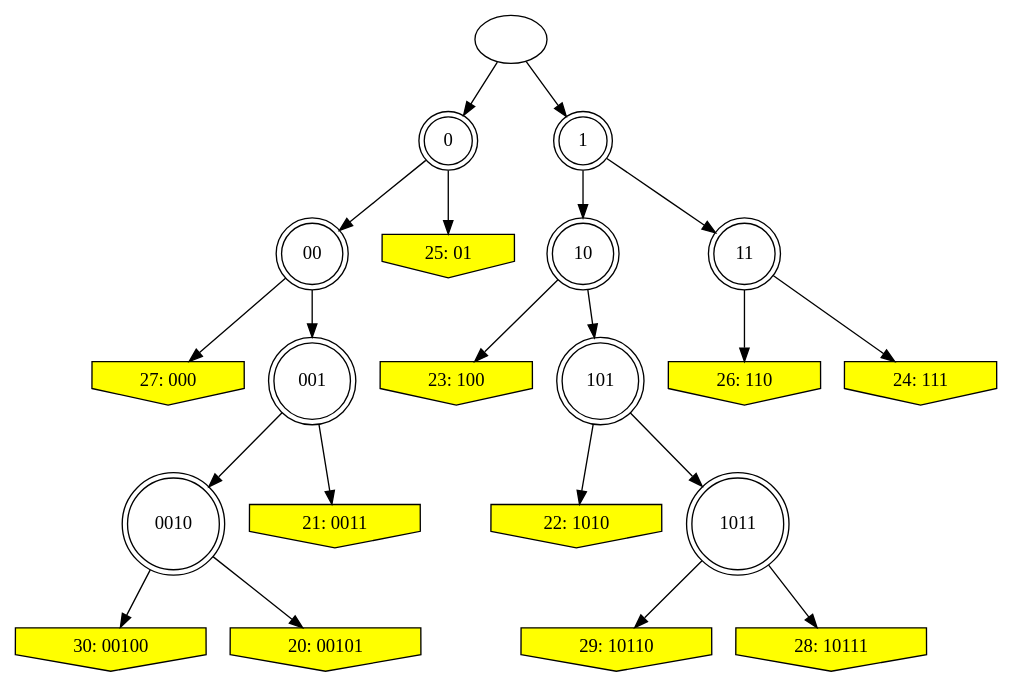
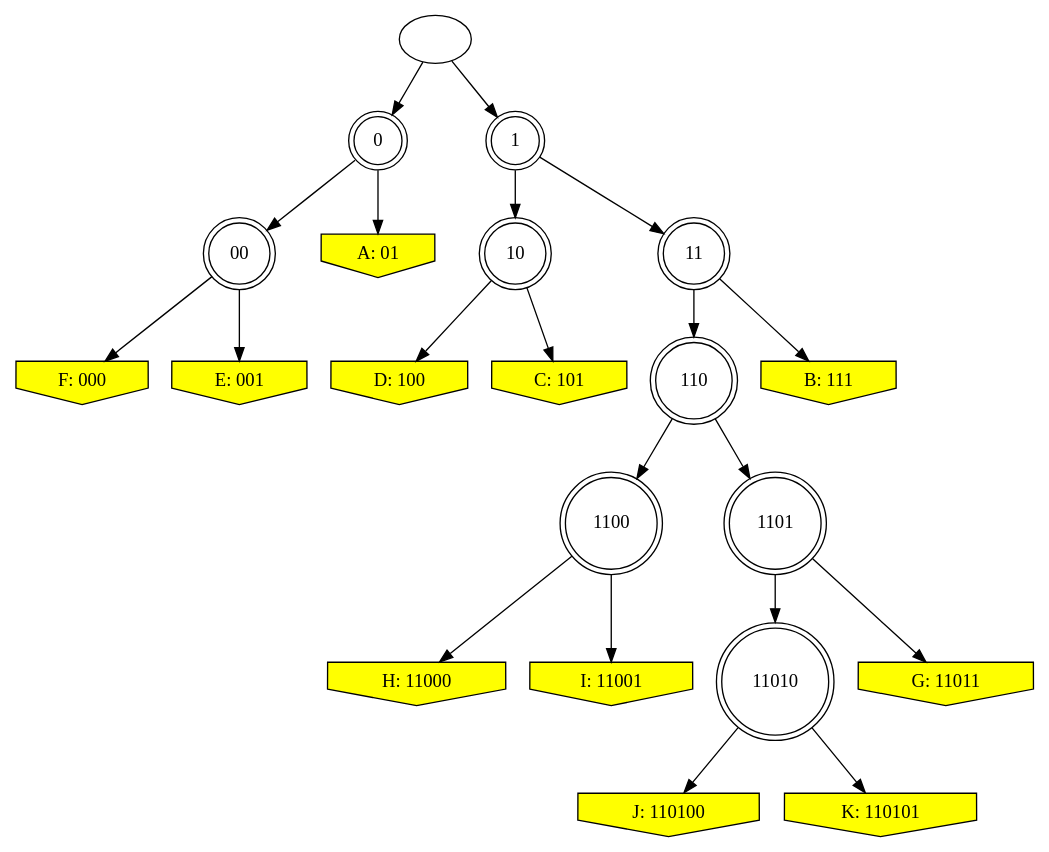
One commit to TQN-BACHKHOA/201_TSLM_MR changed the diagram in product/output/graph.dot. Above: the diagram before and after it, drawn with Graphviz. The commit also changed 7 other files, not shown here.

```diff
--- a/product/output/graph.dot
+++ b/product/output/graph.dot
@@ -1,43 +1,43 @@
 // Huffman Tree
 digraph {
 	0 [label=0 shape=doublecircle]
 	"" -> 0
 	00 [label=00 shape=doublecircle]
 	0 -> 00
-	000 [label="27: 000" color=black fillcolor=yellow shape=invhouse style=filled]
+	000 [label="F: 000" color=black fillcolor=yellow shape=invhouse style=filled]
 	00 -> 000
-	001 [label=001 shape=doublecircle]
+	001 [label="E: 001" color=black fillcolor=yellow shape=invhouse style=filled]
 	00 -> 001
-	0010 [label=0010 shape=doublecircle]
-	001 -> 0010
-	00100 [label="30: 00100" color=black fillcolor=yellow shape=invhouse style=filled]
-	0010 -> 00100
-	00101 [label="20: 00101" color=black fillcolor=yellow shape=invhouse style=filled]
-	0010 -> 00101
-	0011 [label="21: 0011" color=black fillcolor=yellow shape=invhouse style=filled]
-	001 -> 0011
-	01 [label="25: 01" color=black fillcolor=yellow shape=invhouse style=filled]
+	01 [label="A: 01" color=black fillcolor=yellow shape=invhouse style=filled]
 	0 -> 01
 	1 [label=1 shape=doublecircle]
 	"" -> 1
 	10 [label=10 shape=doublecircle]
 	1 -> 10
-	100 [label="23: 100" color=black fillcolor=yellow shape=invhouse style=filled]
+	100 [label="D: 100" color=black fillcolor=yellow shape=invhouse style=filled]
 	10 -> 100
-	101 [label=101 shape=doublecircle]
+	101 [label="C: 101" color=black fillcolor=yellow shape=invhouse style=filled]
 	10 -> 101
-	1010 [label="22: 1010" color=black fillcolor=yellow shape=invhouse style=filled]
-	101 -> 1010
-	1011 [label=1011 shape=doublecircle]
-	101 -> 1011
-	10110 [label="29: 10110" color=black fillcolor=yellow shape=invhouse style=filled]
-	1011 -> 10110
-	10111 [label="28: 10111" color=black fillcolor=yellow shape=invhouse style=filled]
-	1011 -> 10111
 	11 [label=11 shape=doublecircle]
 	1 -> 11
-	110 [label="26: 110" color=black fillcolor=yellow shape=invhouse style=filled]
+	110 [label=110 shape=doublecircle]
 	11 -> 110
-	111 [label="24: 111" color=black fillcolor=yellow shape=invhouse style=filled]
+	1100 [label=1100 shape=doublecircle]
+	110 -> 1100
+	11000 [label="H: 11000" color=black fillcolor=yellow shape=invhouse style=filled]
+	1100 -> 11000
+	11001 [label="I: 11001" color=black fillcolor=yellow shape=invhouse style=filled]
+	1100 -> 11001
+	1101 [label=1101 shape=doublecircle]
+	110 -> 1101
+	11010 [label=11010 shape=doublecircle]
+	1101 -> 11010
+	110100 [label="J: 110100" color=black fillcolor=yellow shape=invhouse style=filled]
+	11010 -> 110100
+	110101 [label="K: 110101" color=black fillcolor=yellow shape=invhouse style=filled]
+	11010 -> 110101
+	11011 [label="G: 11011" color=black fillcolor=yellow shape=invhouse style=filled]
+	1101 -> 11011
+	111 [label="B: 111" color=black fillcolor=yellow shape=invhouse style=filled]
 	11 -> 111
 }
```
